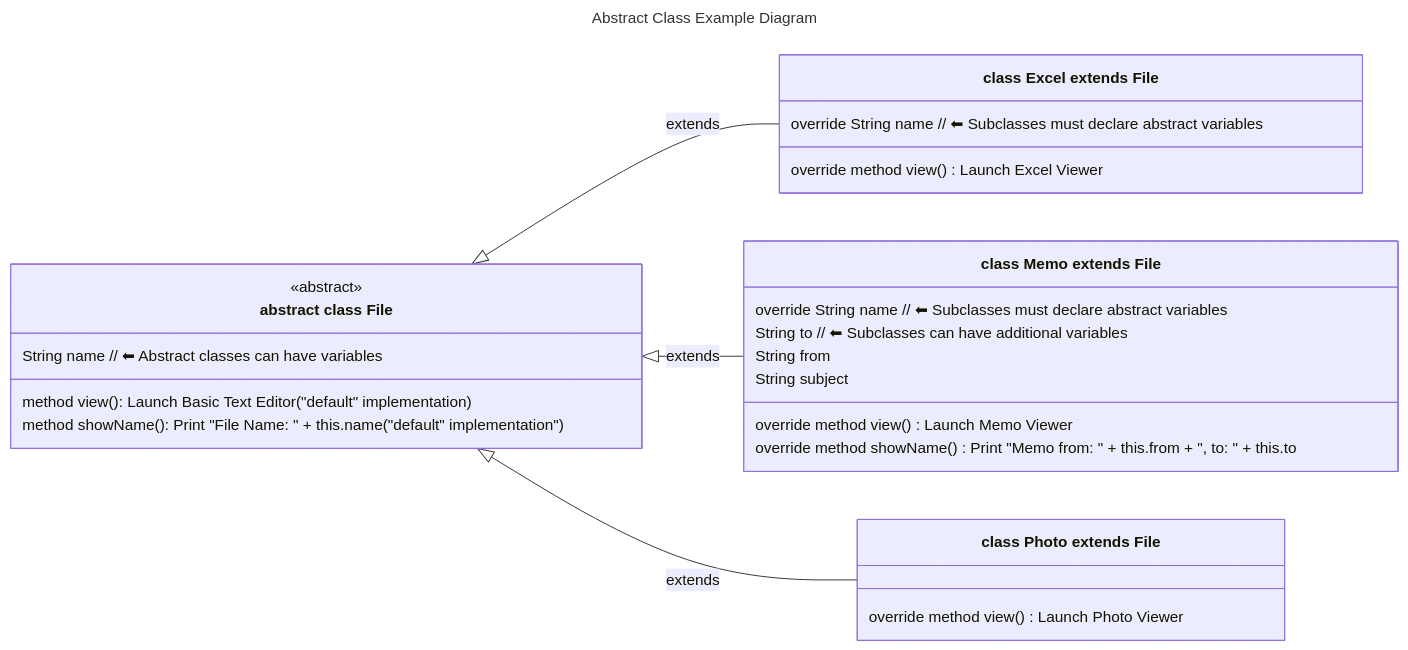
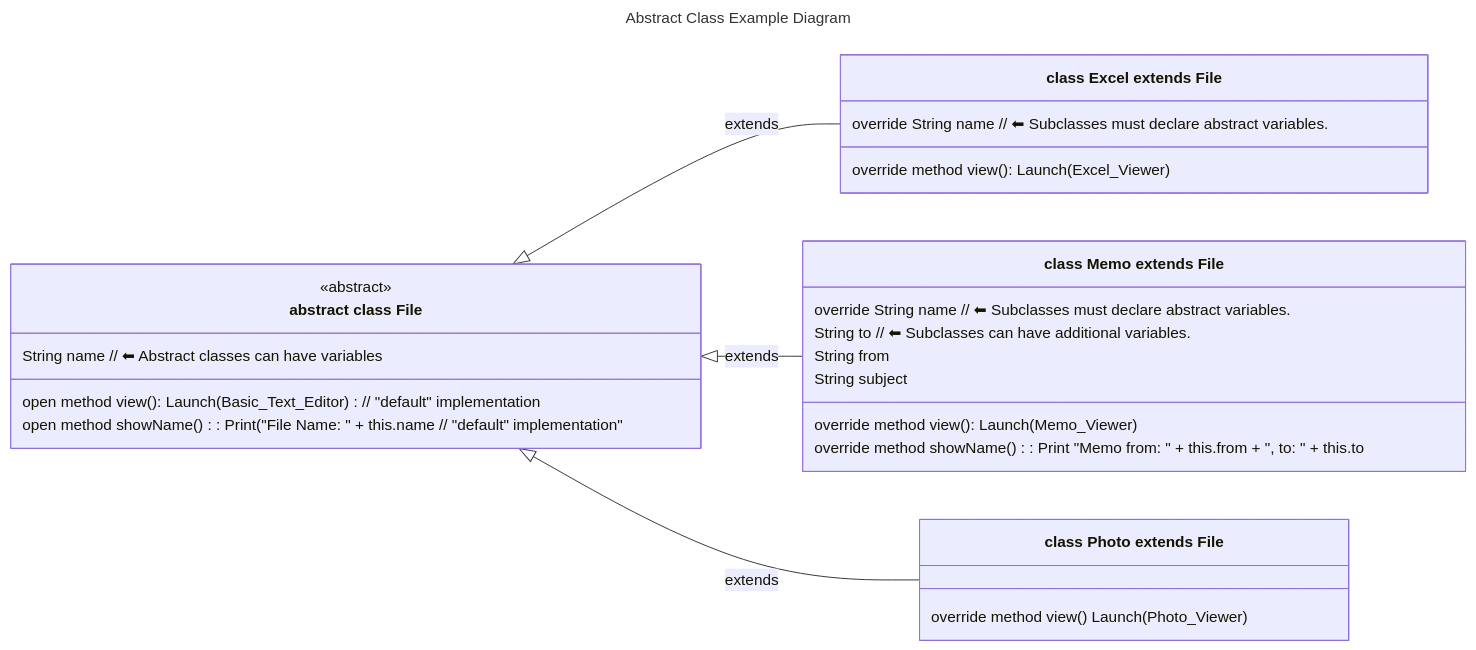
Before and after one commit to realityexpander/How_to_program_from_ground_up: the fourth of 6 diagrams in 09-ClassOrientedProgramming.md, drawn with Mermaid. The commit also changed other lines of this file, not shown here.

Commit message:
improve formatting

````diff
--- a/09-ClassOrientedProgramming.md
+++ b/09-ClassOrientedProgramming.md
@@ -489,34 +489,34 @@
     ```mermaid
     ---
     title: Abstract Class Example Diagram
       
     ---
     classDiagram
     direction LR
     File <|-- Excel : extends
     File <|-- Memo : extends
     File <|-- Photo : extends
       
     class File["abstract class File"] {
        String name  // ⬅︎ Abstract classes can have variables
-       method view(): Launch Basic Text Editor ("default" implementation)
-       method showName(): Print "File Name: " + this.name ("default" implementation")
+       open method view(): Launch(Basic_Text_Editor)  // "default" implementation
+       open method showName():  Print("File Name: " + this.name // "default" implementation"
     }
     <<abstract>> File 
       
     class Excel["class Excel extends File"] {
-       override String name // ⬅︎ Subclasses must declare abstract variables
-       override method view() Launch Excel Viewer
+       override String name // ⬅︎ Subclasses must declare abstract variables.
+       override method view(): Launch(Excel_Viewer) 
     }
     class Memo["class Memo extends File"] {
-       override String name // ⬅︎ Subclasses must declare abstract variables
-       String to  // ⬅︎ Subclasses can have additional variables
+       override String name // ⬅︎ Subclasses must declare abstract variables.
+       String to  // ⬅︎ Subclasses can have additional variables.
        String from
        String subject
-       override method view() Launch Memo Viewer
-       override method showName() Print "Memo from: " + this.from + ", to: " + this.to
+       override method view(): Launch(Memo_Viewer) 
+       override method showName(): Print "Memo from: " + this.from + ", to: " + this.to
     }
     class Photo["class Photo extends File"] {
-       override method view() Launch Photo Viewer
+       override method view() Launch(Photo_Viewer)
     }
     ```
````
